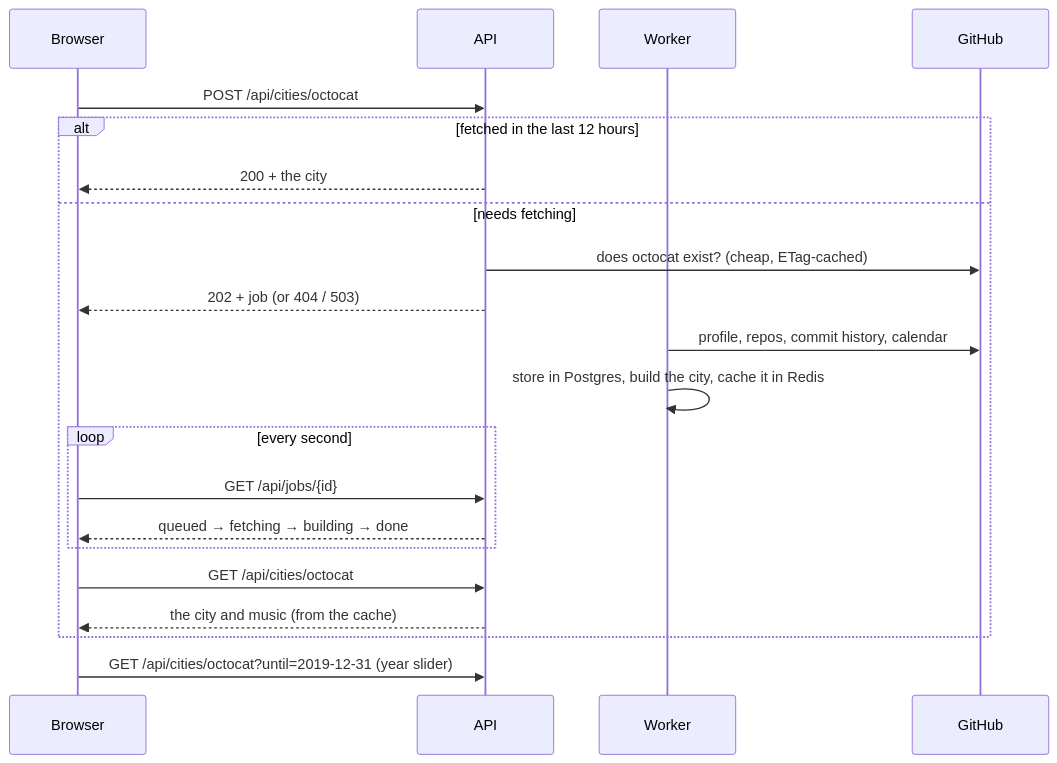
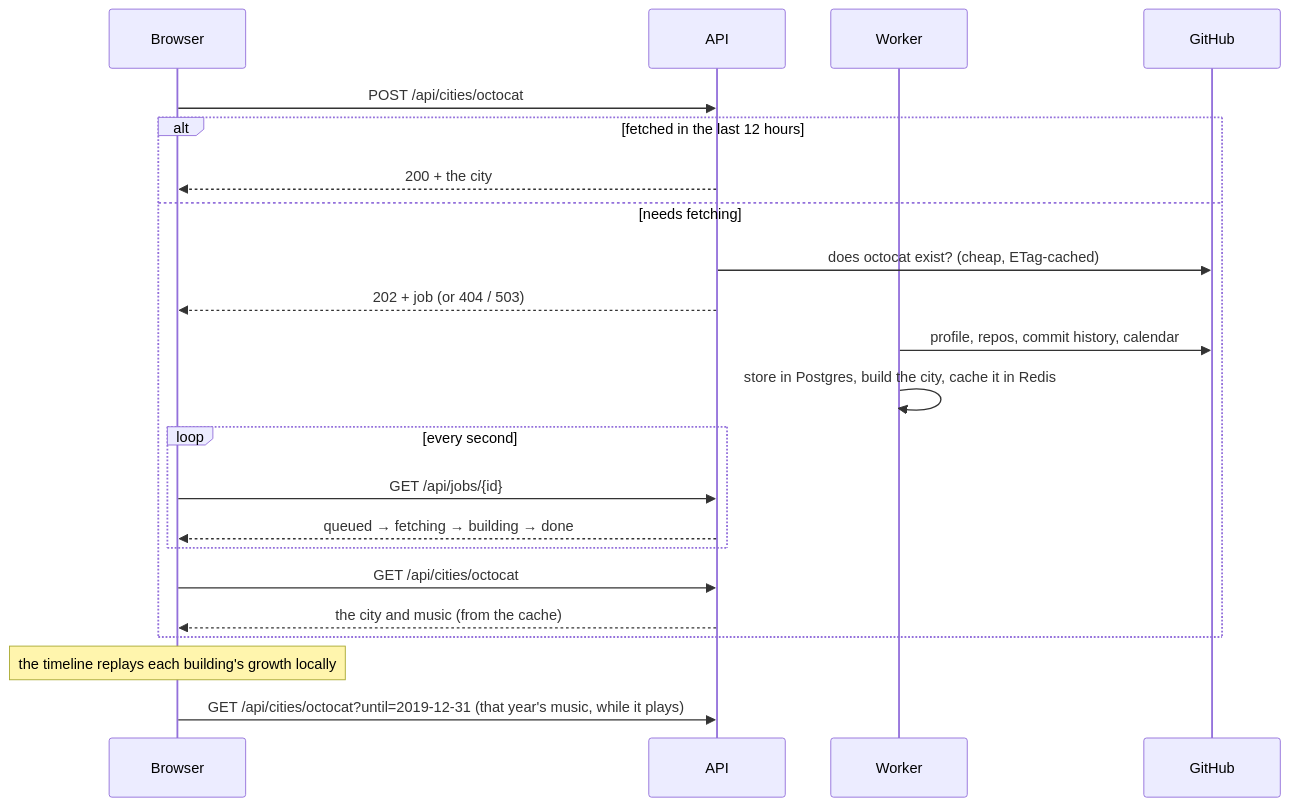
The second of 2 diagrams in README.md (thealiiheere/codebase-cities), drawn with Mermaid before and after one commit. The commit also changed other lines of this file and 46 other files, not shown here.

````diff
--- a/README.md
+++ b/README.md
@@ -86,23 +94,24 @@
 ```mermaid
 sequenceDiagram
     participant B as Browser
     participant A as API
     participant W as Worker
     participant G as GitHub
     B->>A: POST /api/cities/octocat
     alt fetched in the last 12 hours
         A-->>B: 200 + the city
     else needs fetching
         A->>G: does octocat exist? (cheap, ETag-cached)
         A-->>B: 202 + job (or 404 / 503)
         W->>G: profile, repos, commit history, calendar
         W->>W: store in Postgres, build the city, cache it in Redis
         loop every second
             B->>A: GET /api/jobs/{id}
             A-->>B: queued → fetching → building → done
         end
         B->>A: GET /api/cities/octocat
         A-->>B: the city and music (from the cache)
     end
-    B->>A: GET /api/cities/octocat?until=2019-12-31 (year slider)
+    Note over B: the timeline replays each building's growth locally
+    B->>A: GET /api/cities/octocat?until=2019-12-31 (that year's music, while it plays)
 ```
````
